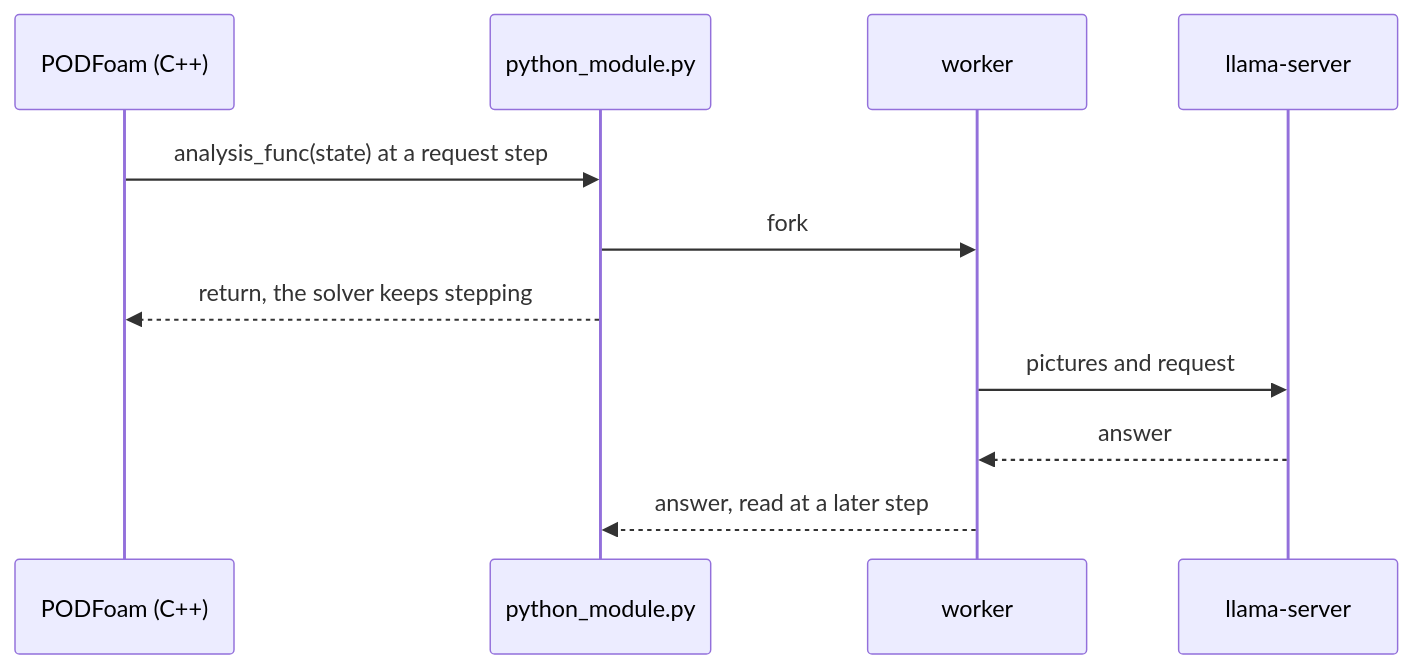
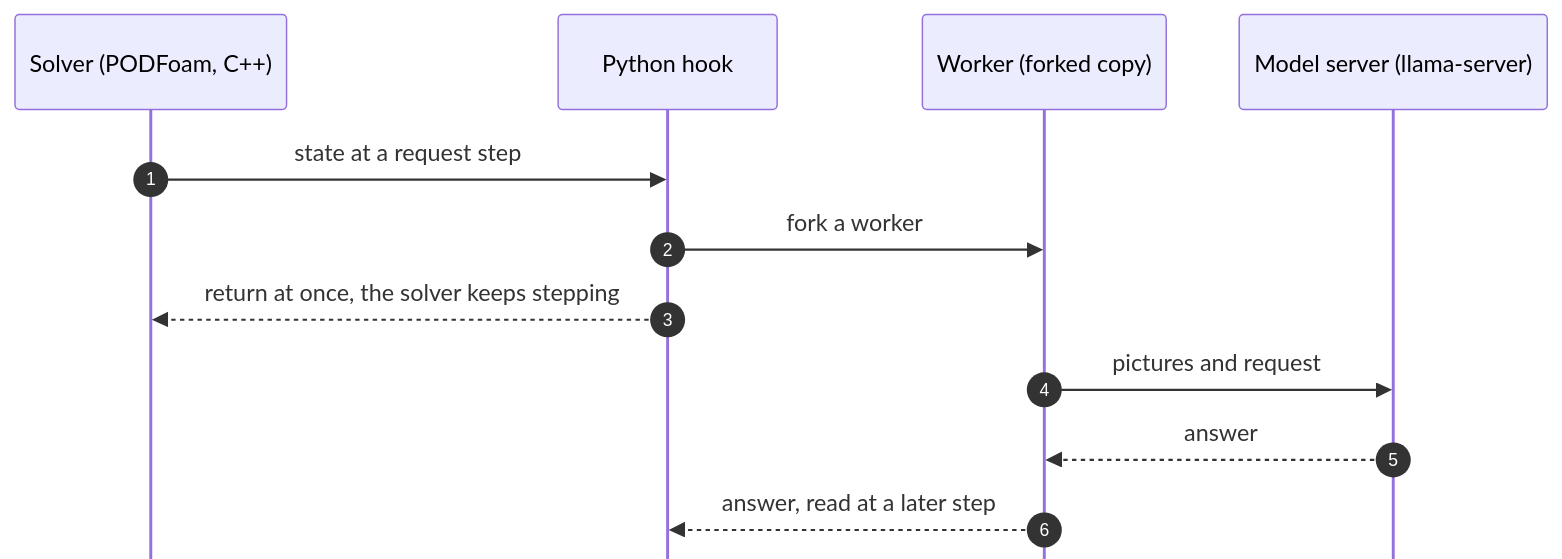
Before and after one commit to seungminyome/PythonFOAM: the diagram in README.md, drawn with Mermaid. The commit also changed other lines of this file, not shown here.

First line of the commit message:
README: How-it-works diagram numbered 1-6, one row of boxes, plainer names

````diff
--- a/README.md
+++ b/README.md
@@ -53,13 +53,15 @@
 ```mermaid
+%%{init: {"sequence": {"mirrorActors": false}}}%%
 sequenceDiagram
-    participant S as PODFoam (C++)
-    participant P as python_module.py
-    participant W as worker
-    participant L as llama-server
-    S->>P: analysis_func(state) at a request step
-    P->>W: fork
-    P-->>S: return, the solver keeps stepping
+    autonumber
+    participant S as Solver (PODFoam, C++)
+    participant P as Python hook
+    participant W as Worker (forked copy)
+    participant L as Model server (llama-server)
+    S->>P: state at a request step
+    P->>W: fork a worker
+    P-->>S: return at once, the solver keeps stepping
     W->>L: pictures and request
     L-->>W: answer
     W-->>P: answer, read at a later step
 ```
````
